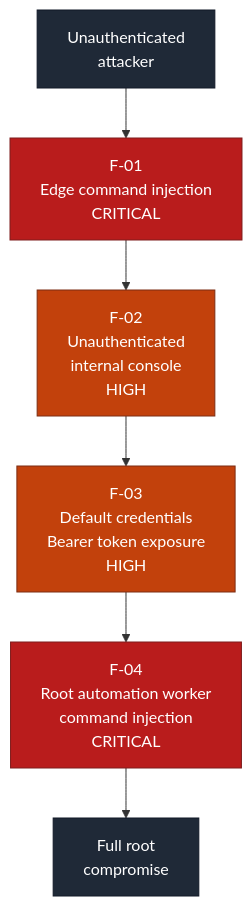
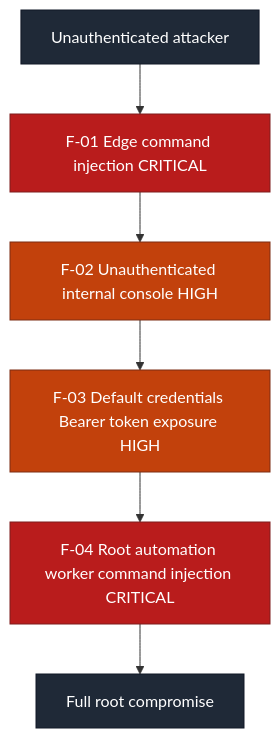
Before and after one commit to ouroboros-white/cybersecurity-portfolio: the first of 2 diagrams in reports/command-injection-chain-2026-08.md, drawn with Mermaid. The commit also changed 5 other files, not shown here.

First line of the commit message:
fix: drop <br/> from mermaid labels so diagrams render everywhere

````diff
--- a/reports/command-injection-chain-2026-08.md
+++ b/reports/command-injection-chain-2026-08.md
@@ -55,14 +55,14 @@
 ```mermaid
 flowchart TD
-    S["Unauthenticated<br/>attacker"] --> F1["F-01<br/>Edge command injection<br/>CRITICAL"]
-    F1 --> F2["F-02<br/>Unauthenticated<br/>internal console<br/>HIGH"]
-    F2 --> F3["F-03<br/>Default credentials<br/>Bearer token exposure<br/>HIGH"]
-    F3 --> F4["F-04<br/>Root automation worker<br/>command injection<br/>CRITICAL"]
-    F4 --> R["Full root<br/>compromise"]
+    S["Unauthenticated attacker"] --> F1["F-01 Edge command injection CRITICAL"]
+    F1 --> F2["F-02 Unauthenticated internal console HIGH"]
+    F2 --> F3["F-03 Default credentials Bearer token exposure HIGH"]
+    F3 --> F4["F-04 Root automation worker command injection CRITICAL"]
+    F4 --> R["Full root compromise"]
     classDef crit fill:#b91c1c,stroke:#7f1d1d,color:#ffffff;
     classDef high fill:#c2410c,stroke:#7c2d12,color:#ffffff;
     classDef term fill:#1f2937,stroke:#111827,color:#ffffff;
     class F1,F4 crit;
     class F2,F3 high;
     class S,R term;
 ```
````
